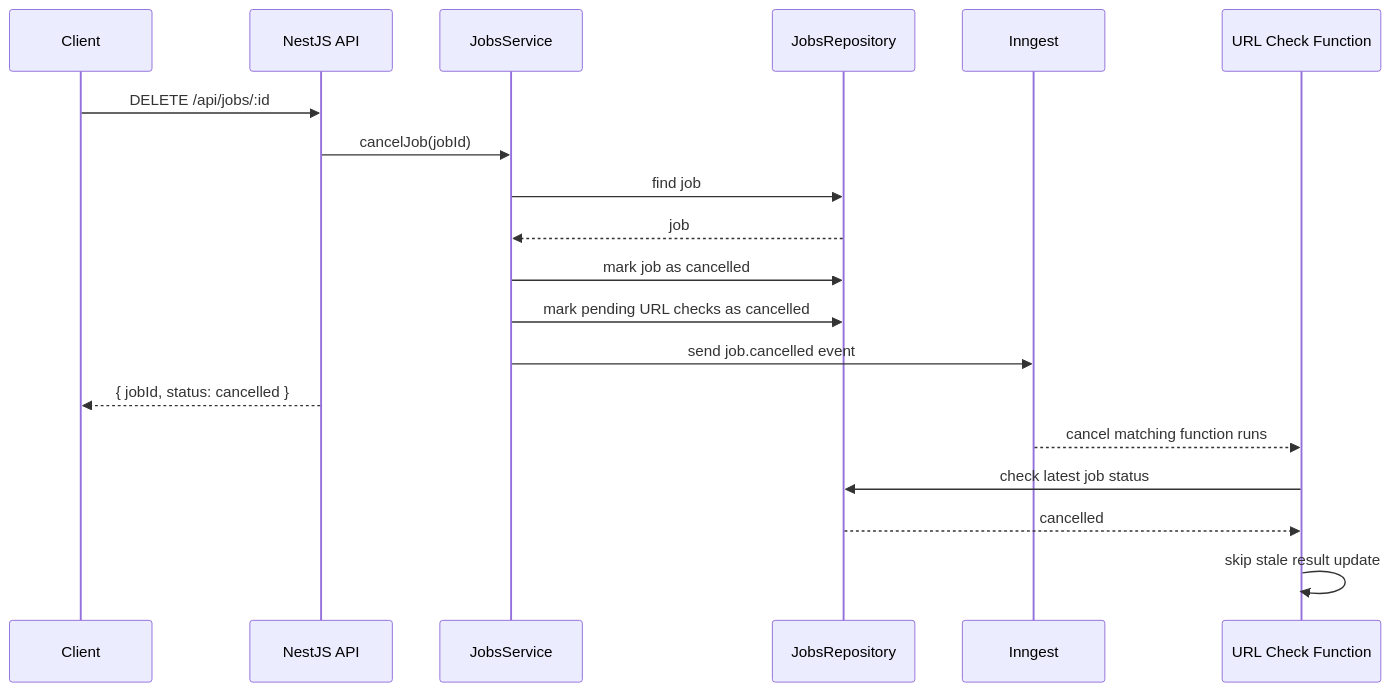
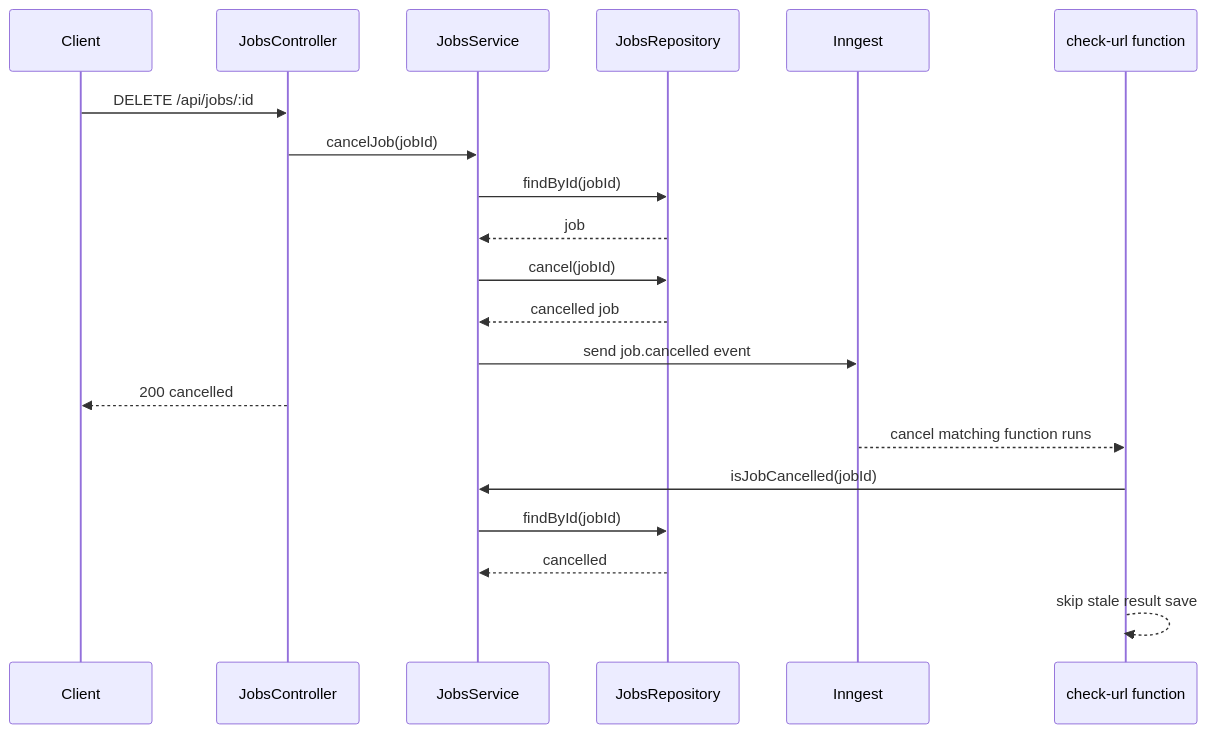
Before and after one commit to gulalig/url-checker: the diagram in docs/diagrams/cancellation-flow.md, drawn with Mermaid. The commit also changed other lines of this file and 13 other files, not shown here.

````diff
--- a/docs/diagrams/cancellation-flow.md
+++ b/docs/diagrams/cancellation-flow.md
@@ -3,28 +3,29 @@
 ```mermaid
 sequenceDiagram
   participant Client
-  participant API as NestJS API
+  participant API as JobsController
   participant Service as JobsService
   participant Repo as JobsRepository
   participant Inngest
-  participant Fn as URL Check Function
+  participant Fn as check-url function
 
   Client->>API: DELETE /api/jobs/:id
   API->>Service: cancelJob(jobId)
 
-  Service->>Repo: find job
+  Service->>Repo: findById(jobId)
   Repo-->>Service: job
 
-  Service->>Repo: mark job as cancelled
-  Service->>Repo: mark pending URL checks as cancelled
+  Service->>Repo: cancel(jobId)
+  Repo-->>Service: cancelled job
+
   Service->>Inngest: send job.cancelled event
-
-  API-->>Client: { jobId, status: cancelled }
+  API-->>Client: 200 cancelled
 
   Inngest-->>Fn: cancel matching function runs
 
-  Fn->>Repo: check latest job status
-  Repo-->>Fn: cancelled
+  Fn->>Service: isJobCancelled(jobId)
+  Service->>Repo: findById(jobId)
+  Repo-->>Service: cancelled
 
-  Fn->>Fn: skip stale result update
+  Fn-->>Fn: skip stale result save
 ```
````
